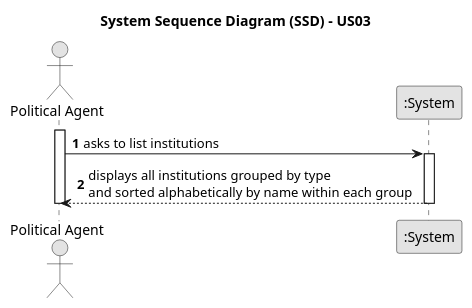
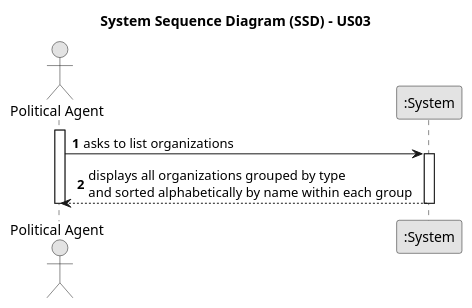
Before and after one commit to brunodspinto/crystal-clear-platform: the diagram in docs/system-documentation/US03/01.requirements-engineering/puml/US03-SSD.puml, drawn with PlantUML. The commit also changed 23 other files, not shown here.

```diff
--- a/docs/system-documentation/US03/01.requirements-engineering/puml/US03-SSD.puml
+++ b/docs/system-documentation/US03/01.requirements-engineering/puml/US03-SSD.puml
@@ -1,22 +1,22 @@
 @startuml
 skinparam monochrome true
 skinparam packageStyle rectangle
 skinparam shadowing false
 
 title System Sequence Diagram (SSD) - US03
 
 autonumber
 
 actor "Political Agent" as Agent
 participant ":System" as System
 
 activate Agent
 
-Agent -> System : asks to list institutions
+Agent -> System : asks to list organizations
 activate System
-System --> Agent : displays all institutions grouped by type\nand sorted alphabetically by name within each group
+System --> Agent : displays all organizations grouped by type\nand sorted alphabetically by name within each group
 deactivate System
 
 deactivate Agent
 
 @enduml
```
